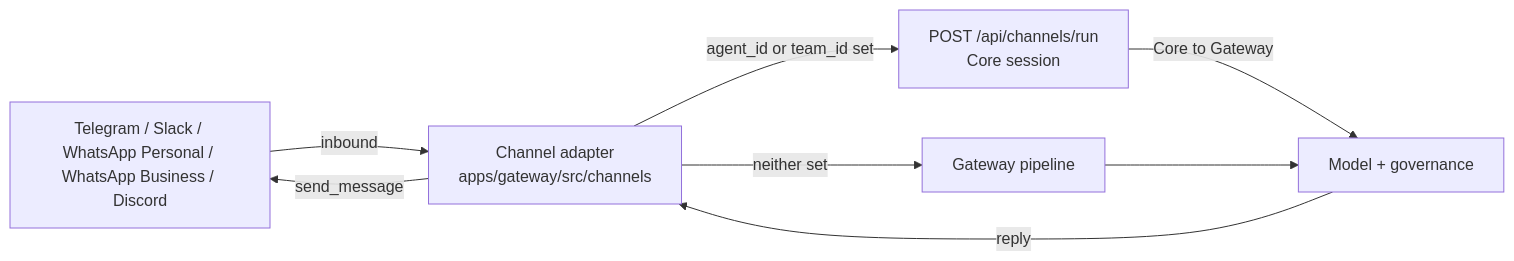
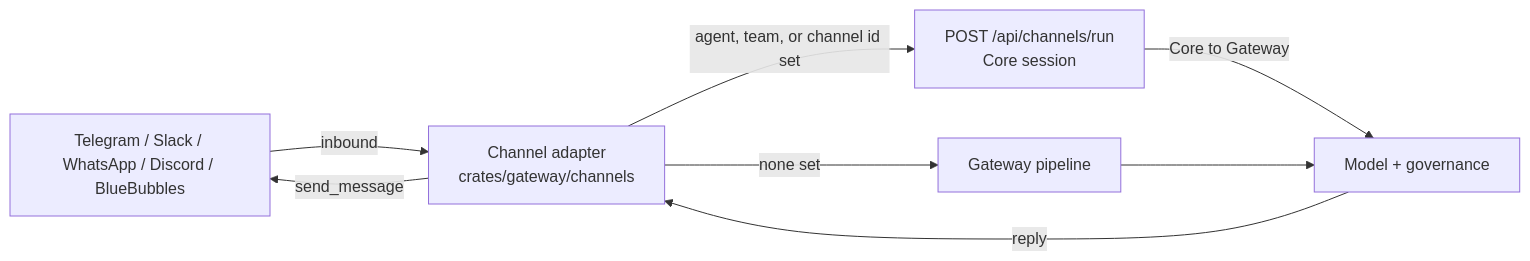
One commit to amajorai/ryu-docs changed the diagram in content/docs/extend/develop/extensions/channel-bot.mdx. Above: the diagram before and after it, drawn with Mermaid. The commit also changed other lines of this file and 2538 other files, not shown here.

````diff
--- a/content/docs/extend/develop/extensions/channel-bot.mdx
+++ b/content/docs/extend/develop/extensions/channel-bot.mdx
@@ -36,10 +37,10 @@
 ```mermaid
 flowchart LR
-  P[Telegram / Slack / WhatsApp Personal / WhatsApp Business / Discord] -->|inbound| C[Channel adapter<br/>apps/gateway/src/channels]
-  C -->|agent_id or team_id set| R[POST /api/channels/run<br/>Core session]
-  C -->|neither set| G[Gateway pipeline]
+  P[Telegram / Slack / WhatsApp / Discord / BlueBubbles] -->|inbound| C[Channel adapter<br/>crates/gateway/channels]
+  C -->|agent, team, or channel id set| R[POST /api/channels/run<br/>Core session]
+  C -->|none set| G[Gateway pipeline]
   R -->|Core to Gateway| M[Model + governance]
   G --> M
   M -->|reply| C
   C -->|send_message| P
 ```
````
